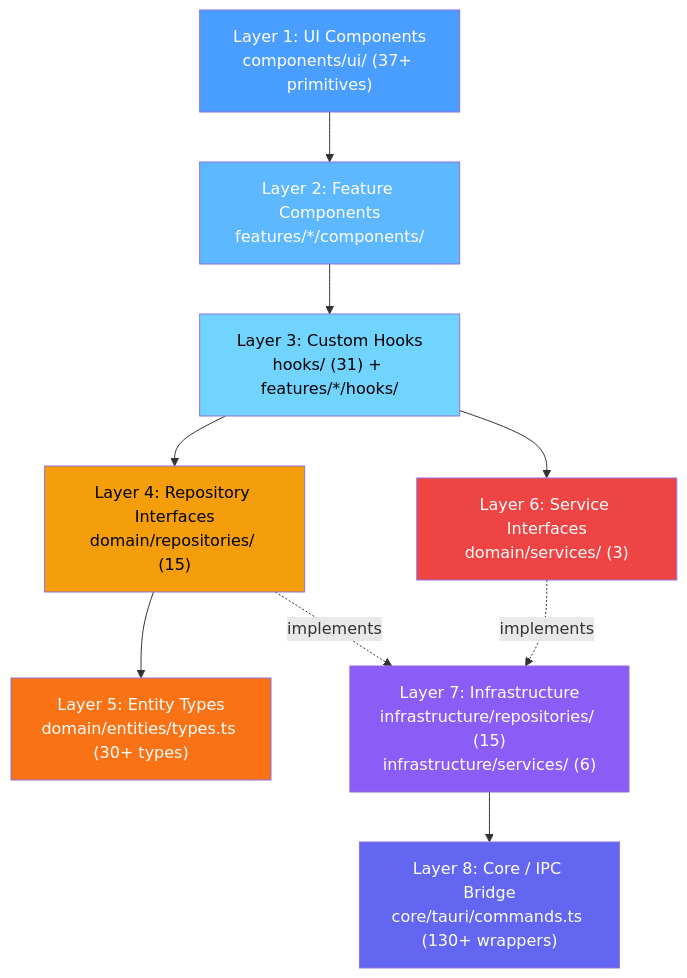
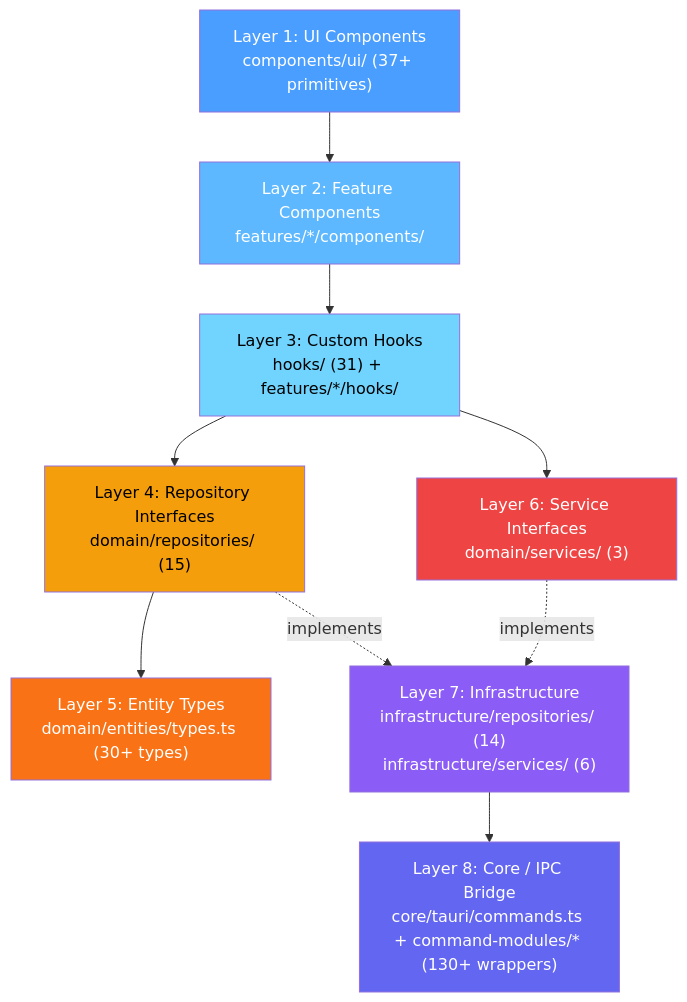
Before and after one commit to Sai-Roopesh/becomeAnAuthor: the third of 6 diagrams in docs/hld.md, drawn with Mermaid. The commit also changed other lines of this file and 2 other files, not shown here.

Commit message:
docs: sync architecture with path-state, keychain, and decomposition refactors

````diff
--- a/docs/hld.md
+++ b/docs/hld.md
@@ -339,26 +339,26 @@
 ```mermaid
 graph TB
     L1["Layer 1: UI Components<br/>components/ui/ (37+ primitives)"]
     L2["Layer 2: Feature Components<br/>features/*/components/"]
     L3["Layer 3: Custom Hooks<br/>hooks/ (31) + features/*/hooks/"]
     L4["Layer 4: Repository Interfaces<br/>domain/repositories/ (15)"]
     L5["Layer 5: Entity Types<br/>domain/entities/types.ts (30+ types)"]
     L6["Layer 6: Service Interfaces<br/>domain/services/ (3)"]
-    L7["Layer 7: Infrastructure<br/>infrastructure/repositories/ (15)<br/>infrastructure/services/ (6)"]
-    L8["Layer 8: Core / IPC Bridge<br/>core/tauri/commands.ts (130+ wrappers)"]
+    L7["Layer 7: Infrastructure<br/>infrastructure/repositories/ (14)<br/>infrastructure/services/ (6)"]
+    L8["Layer 8: Core / IPC Bridge<br/>core/tauri/commands.ts + command-modules/* (130+ wrappers)"]
 
     L1 --> L2 --> L3 --> L4 --> L5
     L3 --> L6
     L4 -.->|"implements"| L7
     L6 -.->|"implements"| L7
     L7 --> L8
 
     style L1 fill:#4a9eff,color:white
     style L2 fill:#5db8ff,color:white
     style L3 fill:#70d4ff,color:black
     style L4 fill:#f59e0b,color:black
     style L5 fill:#f97316,color:white
     style L6 fill:#ef4444,color:white
     style L7 fill:#8b5cf6,color:white
     style L8 fill:#6366f1,color:white
 ```
````
